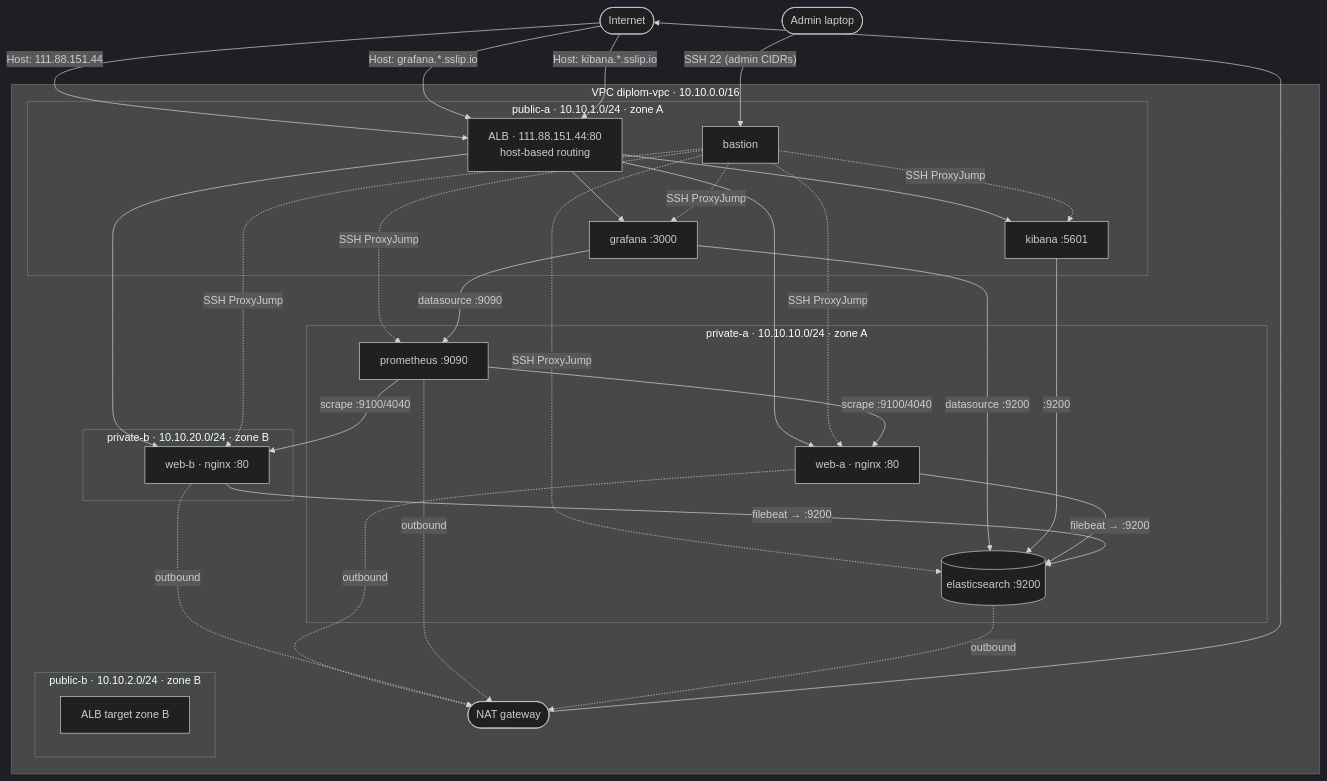
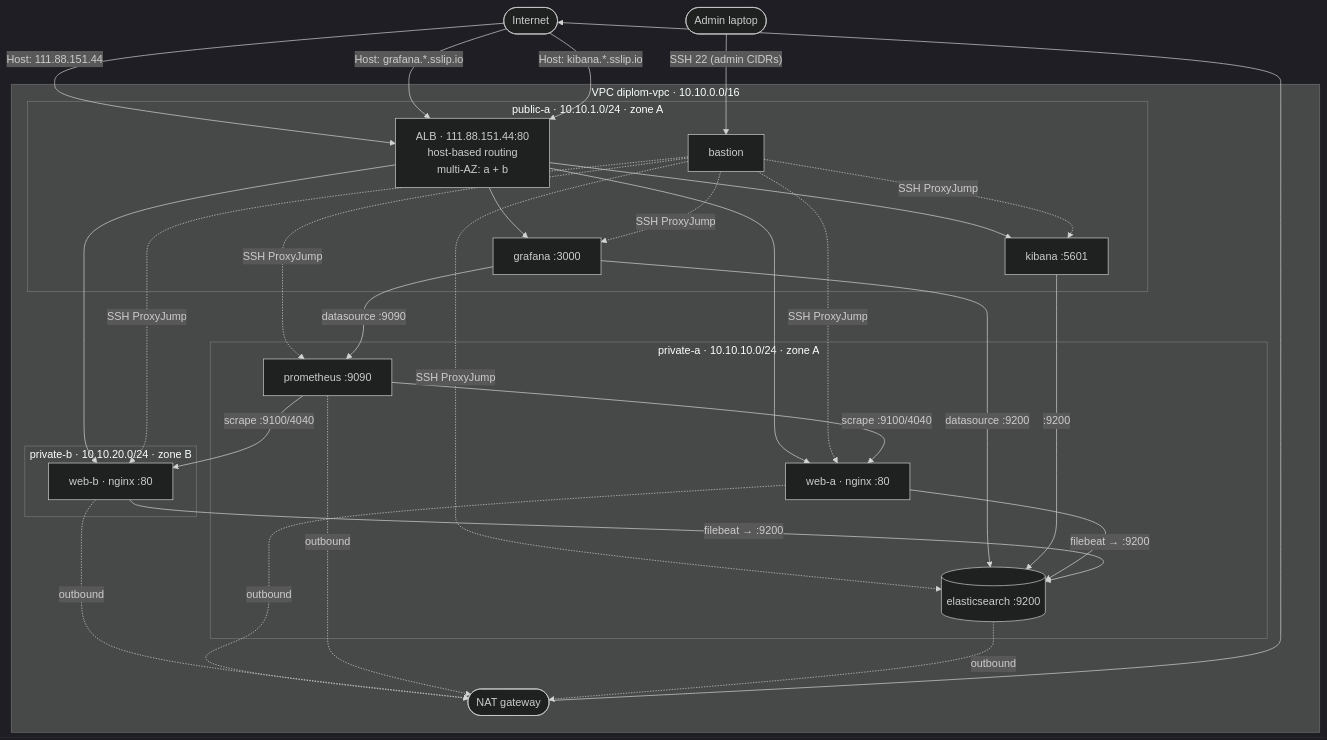
The diagram in README.md (vpakspace/netology-fops-coursework), drawn with Mermaid (dark theme) before and after one commit.

Commit message:
docs(readme): убрать пустой subgraph public-b из Mermaid
ALB-таргет zone B был отдельным боксом без связей — визуально мешал.
Заменил пояснением 'multi-AZ: a + b' прямо в узле ALB.

````diff
--- a/README.md
+++ b/README.md
@@ -19,57 +19,54 @@
 ```mermaid
 flowchart TB
     Internet([Internet])
     Admin([Admin laptop])
 
     subgraph VPC["VPC diplom-vpc · 10.10.0.0/16"]
         subgraph PubA["public-a · 10.10.1.0/24 · zone A"]
-            ALB["ALB · 111.88.151.44:80<br/>host-based routing"]
+            ALB["ALB · 111.88.151.44:80<br/>host-based routing<br/>multi-AZ: a + b"]
             Bastion["bastion"]
             Graf["grafana :3000"]
             Kib["kibana :5601"]
-        end
-        subgraph PubB["public-b · 10.10.2.0/24 · zone B"]
-            ALBb["ALB target zone B"]
         end
         subgraph PrivA["private-a · 10.10.10.0/24 · zone A"]
             WebA["web-a · nginx :80"]
             Prom["prometheus :9090"]
             ES[("elasticsearch :9200")]
         end
         subgraph PrivB["private-b · 10.10.20.0/24 · zone B"]
             WebB["web-b · nginx :80"]
         end
         NAT(["NAT gateway"])
     end
 
     Internet -- "Host: 111.88.151.44" --> ALB
     Internet -- "Host: grafana.*.sslip.io" --> ALB
     Internet -- "Host: kibana.*.sslip.io"  --> ALB
     Admin    -- "SSH 22 (admin CIDRs)"     --> Bastion
 
     ALB --> WebA
     ALB --> WebB
     ALB --> Graf
     ALB --> Kib
 
     Bastion -. SSH ProxyJump .-> WebA
     Bastion -. SSH ProxyJump .-> WebB
     Bastion -. SSH ProxyJump .-> Prom
     Bastion -. SSH ProxyJump .-> ES
     Bastion -. SSH ProxyJump .-> Graf
     Bastion -. SSH ProxyJump .-> Kib
 
     Prom -- "scrape :9100/4040" --> WebA
     Prom -- "scrape :9100/4040" --> WebB
     Graf -- "datasource :9090"  --> Prom
     Graf -- "datasource :9200"  --> ES
     Kib  -- ":9200"             --> ES
     WebA -- "filebeat → :9200"  --> ES
     WebB -- "filebeat → :9200"  --> ES
 
     WebA -. outbound .-> NAT
     WebB -. outbound .-> NAT
     Prom -. outbound .-> NAT
     ES   -. outbound .-> NAT
     NAT --> Internet
 ```
````
